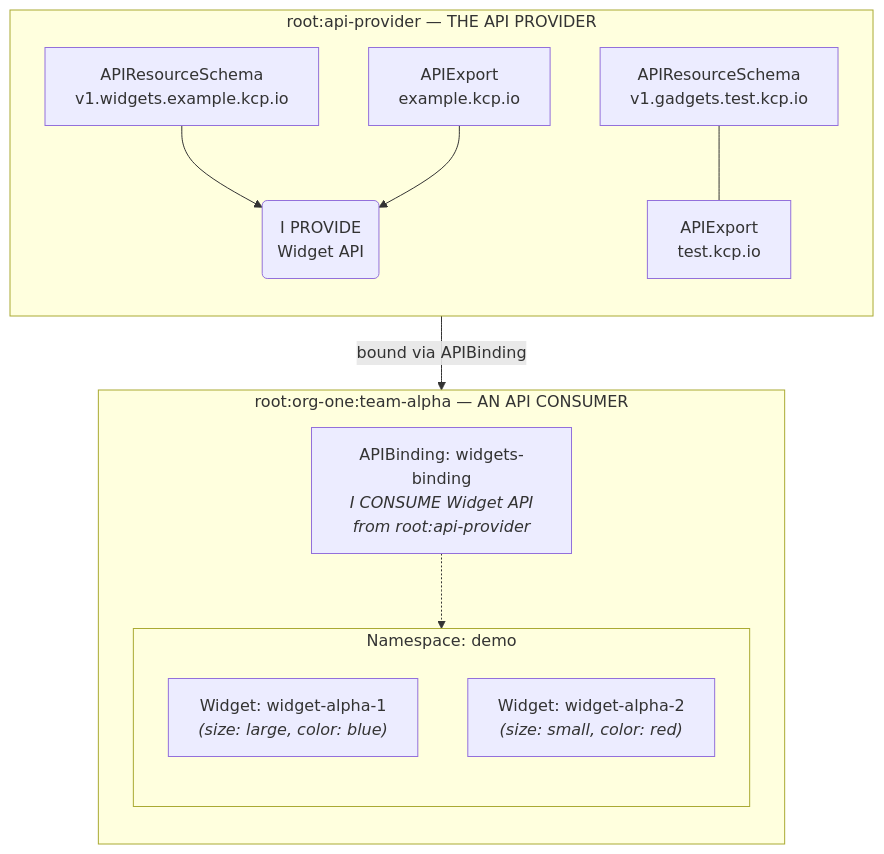
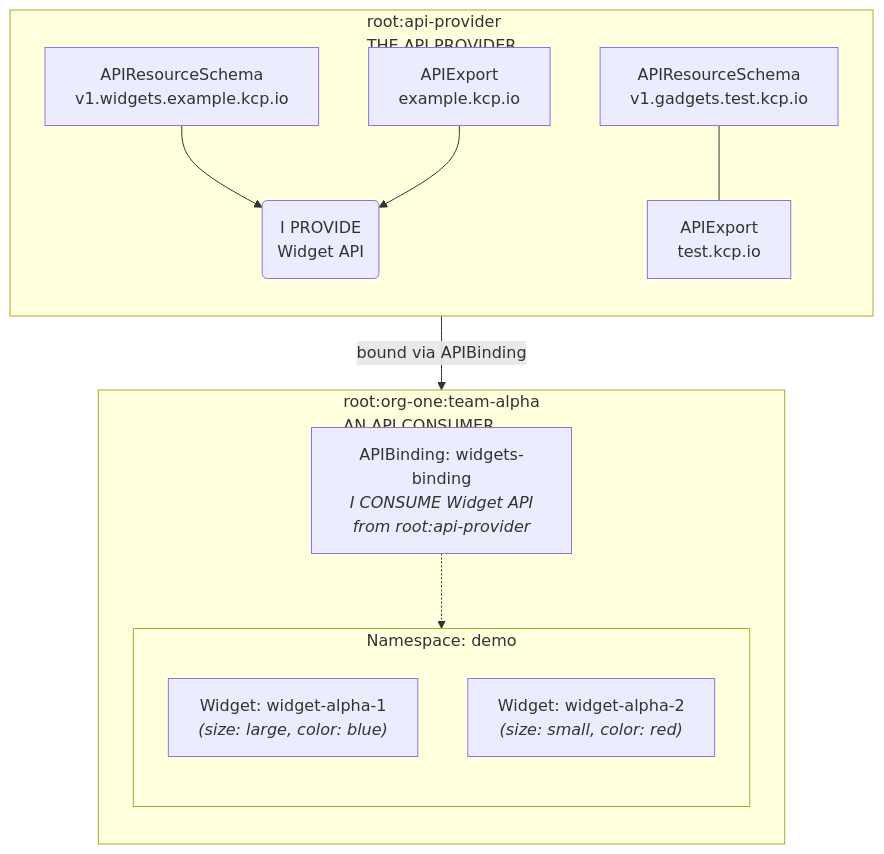
The diagram in README.md (pteich/kcplens), drawn with Mermaid before and after one commit.

````diff
--- a/README.md
+++ b/README.md
@@ -147,32 +147,32 @@
 ```mermaid
 graph TD
-    subgraph Provider["root:api-provider — THE API PROVIDER"]
+    subgraph Provider["root:api-provider<br/>THE API PROVIDER"]
         direction TB
         ARS_W["APIResourceSchema<br/>v1.widgets.example.kcp.io"]
         AE_W["APIExport<br/>example.kcp.io"]
         ARS_G["APIResourceSchema<br/>v1.gadgets.test.kcp.io"]
         AE_G["APIExport<br/>test.kcp.io"]
         
         ProvideWidget("I PROVIDE<br/>Widget API")
         
         ARS_W --> ProvideWidget
         AE_W --> ProvideWidget
         
         ARS_G --- AE_G
     end
 
-    subgraph Consumer["root:org-one:team-alpha — AN API CONSUMER"]
+    subgraph Consumer["root:org-one:team-alpha<br/>AN API CONSUMER"]
         direction TB
         Binding["APIBinding: widgets-binding<br/><i>I CONSUME Widget API<br/>from root:api-provider</i>"]
         
         subgraph NS["Namespace: demo"]
             direction TB
             W1["Widget: widget-alpha-1<br/><i>(size: large, color: blue)</i>"]
             W2["Widget: widget-alpha-2<br/><i>(size: small, color: red)</i>"]
         end
         
         Binding -.-> NS
     end
 
     ProvideWidget -- "bound via APIBinding" --> Binding
 ```
````
